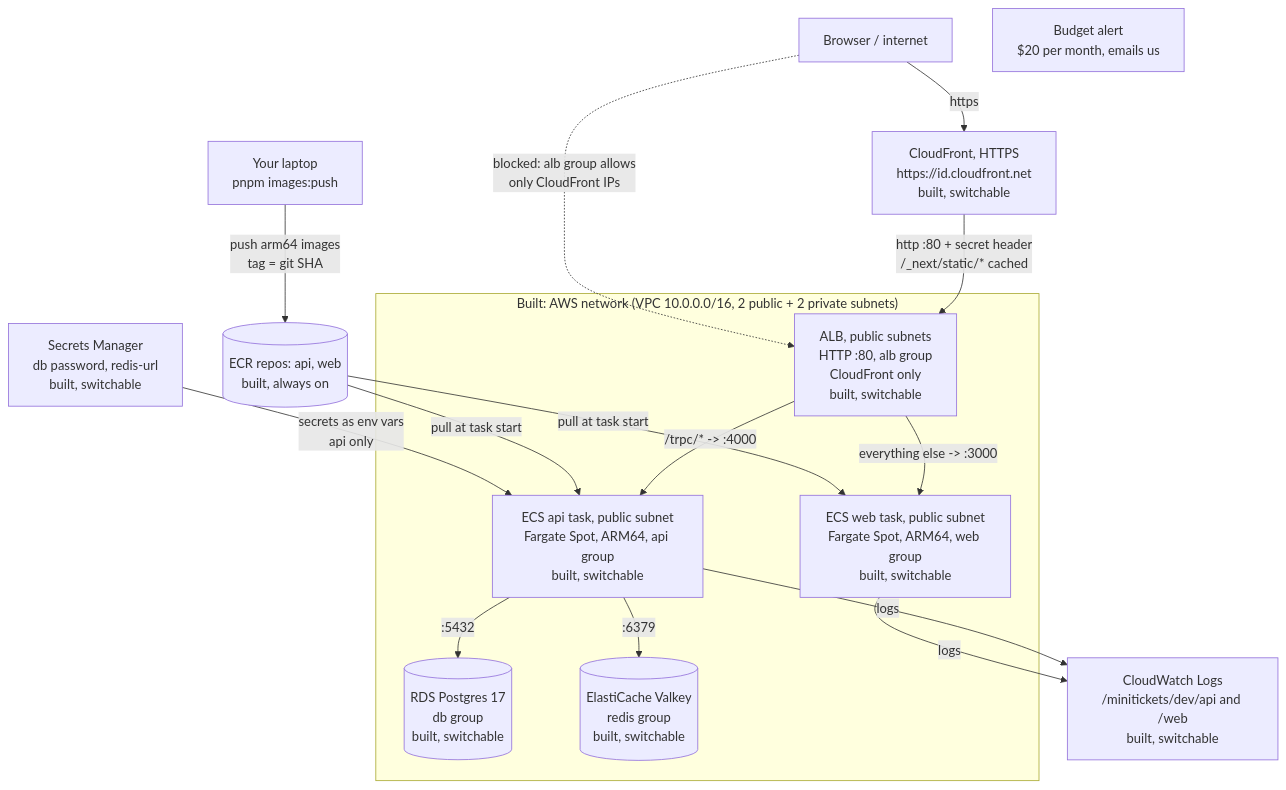
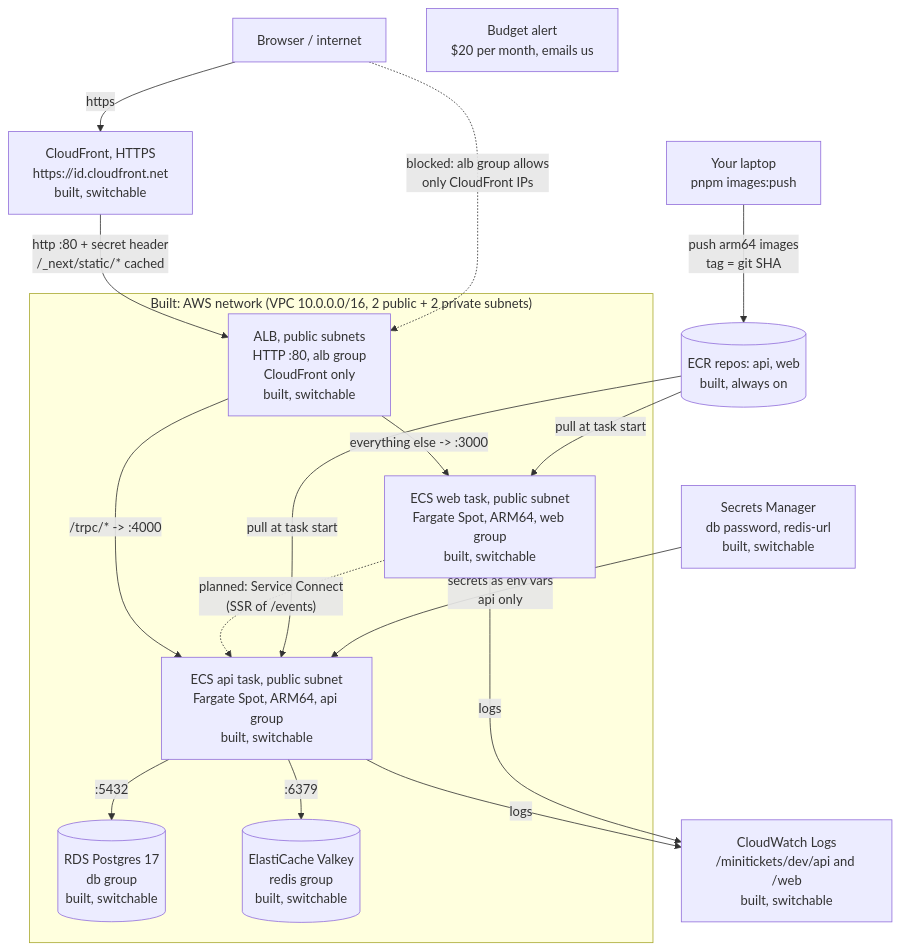
The second of 3 diagrams in docs/00-architecture.md (maheshnd/minitickets), drawn with Mermaid before and after one commit. The commit also changed other lines of this file and 35 other files, not shown here.

Commit message:
feat(events): render /events on the server with streaming, CSR vs SSR measured

````diff
--- a/docs/00-architecture.md
+++ b/docs/00-architecture.md
@@ -36,30 +39,31 @@
 ```mermaid
 flowchart TB
     internet["Browser / internet"]
     cf["CloudFront, HTTPS<br/>https://id.cloudfront.net<br/>built, switchable"]
     budget["Budget alert<br/>$20 per month, emails us"]
     sm["Secrets Manager<br/>db password, redis-url<br/>built, switchable"]
     cw["CloudWatch Logs<br/>/minitickets/dev/api and /web<br/>built, switchable"]
     subgraph vpc["Built: AWS network (VPC 10.0.0.0/16, 2 public + 2 private subnets)"]
         alb["ALB, public subnets<br/>HTTP :80, alb group<br/>CloudFront only<br/>built, switchable"]
         webtask["ECS web task, public subnet<br/>Fargate Spot, ARM64, web group<br/>built, switchable"]
         apitask["ECS api task, public subnet<br/>Fargate Spot, ARM64, api group<br/>built, switchable"]
         rds[("RDS Postgres 17<br/>db group<br/>built, switchable")]
         cache[("ElastiCache Valkey<br/>redis group<br/>built, switchable")]
     end
     ecr[("ECR repos: api, web<br/>built, always on")]
     laptop["Your laptop<br/>pnpm images:push"]
     internet -->|"https"| cf
     cf -->|"http :80 + secret header<br/>/_next/static/* cached"| alb
     internet -.->|"blocked: alb group allows<br/>only CloudFront IPs"| alb
     alb -->|"everything else -> :3000"| webtask
     alb -->|"/trpc/* -> :4000"| apitask
+    webtask -.->|"planned: Service Connect<br/>(SSR of /events)"| apitask
     apitask -->|":5432"| rds
     apitask -->|":6379"| cache
     laptop -->|"push arm64 images<br/>tag = git SHA"| ecr
     ecr -->|"pull at task start"| apitask
     ecr -->|"pull at task start"| webtask
     sm -->|"secrets as env vars<br/>api only"| apitask
     apitask -->|"logs"| cw
     webtask -->|"logs"| cw
 ```
````
